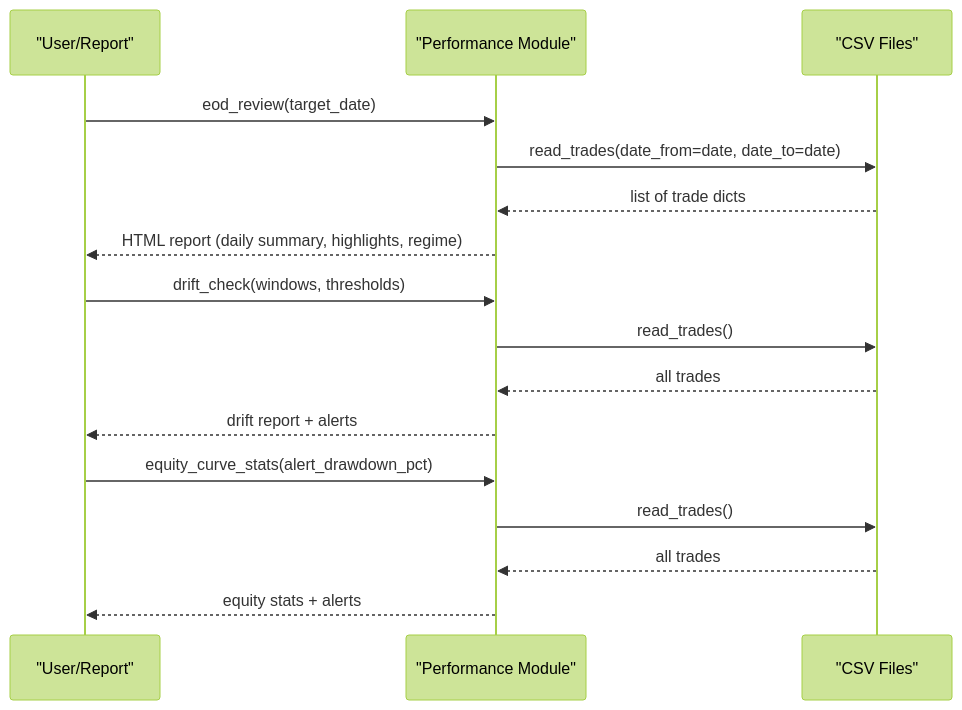
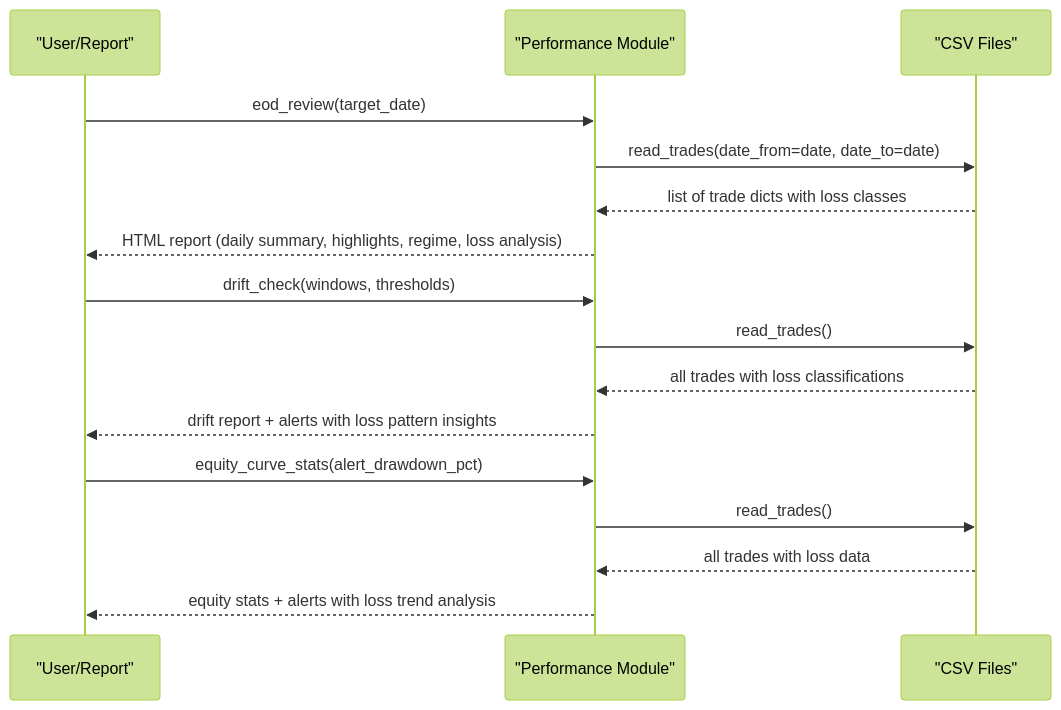
Before and after one commit to tauqeersiddiqui-art/tradingsystem: the fifth of 6 diagrams in .qoder/repowiki/en/content/Monitoring and Analytics/Trade Journaling.md, drawn with Mermaid (forest theme). The commit also changed other lines of this file and 71 other files, not shown here.

Commit message:
Add rejection-first entry quality filters, entry-quality ML target with fail-hard pipeline, post-trade loss classification, and reproducible Phase-8 backtest

````diff
--- a/.qoder/repowiki/en/content/Monitoring and Analytics/Trade Journaling.md
+++ b/.qoder/repowiki/en/content/Monitoring and Analytics/Trade Journaling.md
@@ -184,18 +220,18 @@
 ```mermaid
 sequenceDiagram
 participant U as "User/Report"
 participant P as "Performance Module"
 participant FS as "CSV Files"
 U->>P : eod_review(target_date)
 P->>FS : read_trades(date_from=date, date_to=date)
-FS-->>P : list of trade dicts
-P-->>U : HTML report (daily summary, highlights, regime)
+FS-->>P : list of trade dicts with loss classes
+P-->>U : HTML report (daily summary, highlights, regime, loss analysis)
 U->>P : drift_check(windows, thresholds)
 P->>FS : read_trades()
-FS-->>P : all trades
-P-->>U : drift report + alerts
+FS-->>P : all trades with loss classifications
+P-->>U : drift report + alerts with loss pattern insights
 U->>P : equity_curve_stats(alert_drawdown_pct)
 P->>FS : read_trades()
-FS-->>P : all trades
-P-->>U : equity stats + alerts
+FS-->>P : all trades with loss data
+P-->>U : equity stats + alerts with loss trend analysis
 ```
````
